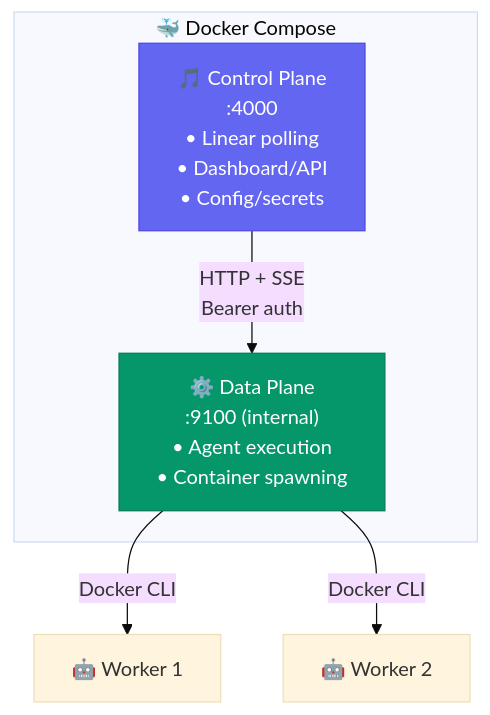
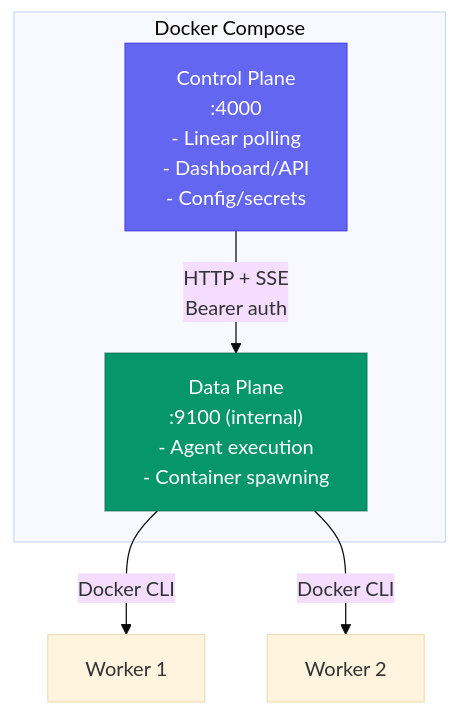
The diagram in docs-site/guides/docker.mdx (OmerFarukOruc/risoluto), drawn with Mermaid (base theme) before and after one commit. The commit also changed other lines of this file and 24 other files, not shown here.

````diff
--- a/docs-site/guides/docker.mdx
+++ b/docs-site/guides/docker.mdx
@@ -66,14 +125,14 @@
 ```mermaid
 flowchart TD
-    subgraph Docker ["🐳 Docker Compose"]
-        CP["🎵 Control Plane\n:4000\n• Linear polling\n• Dashboard/API\n• Config/secrets"]
-        DP["⚙️ Data Plane\n:9100 (internal)\n• Agent execution\n• Container spawning"]
+    subgraph Docker ["Docker Compose"]
+        CP["Control Plane\n:4000\n- Linear polling\n- Dashboard/API\n- Config/secrets"]
+        DP["Data Plane\n:9100 (internal)\n- Agent execution\n- Container spawning"]
     end
 
     CP -->|"HTTP + SSE\nBearer auth"| DP
-    DP -->|"Docker CLI"| CX1["🤖 Worker 1"]
-    DP -->|"Docker CLI"| CX2["🤖 Worker 2"]
+    DP -->|"Docker CLI"| CX1["Worker 1"]
+    DP -->|"Docker CLI"| CX2["Worker 2"]
 
     style CP fill:#6366f1,stroke:#4f46e5,color:#fff
     style DP fill:#059669,stroke:#047857,color:#fff
 ```
````
